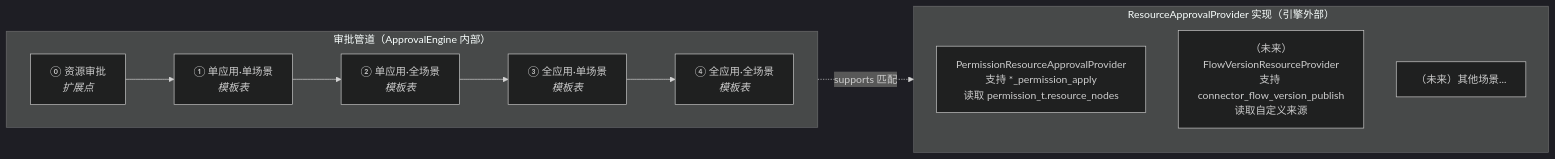
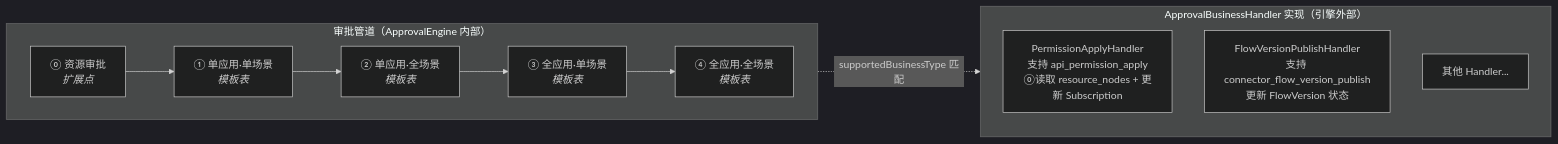
Before and after one commit to THZSummer/open-app: the third of 5 diagrams in .sddu/specs-tree-root/specs-tree-connector-platform-v3/plan-approval.md, drawn with Mermaid (dark theme). The commit also changed other lines of this file, not shown here.

First line of the commit message:
docs: mermaid sequence diagram for submission flow (§5.3), fix all section numbers

````diff
--- a/.sddu/specs-tree-root/specs-tree-connector-platform-v3/plan-approval.md
+++ b/.sddu/specs-tree-root/specs-tree-connector-platform-v3/plan-approval.md
@@ -292,16 +293,16 @@
 ```mermaid
 flowchart LR
     subgraph Pipeline["审批管道（ApprovalEngine 内部）"]
         direction LR
         R0["⓪ 资源审批<br><i>扩展点</i>"] --> R1["① 单应用·单场景<br><i>模板表</i>"]
         R1 --> R2["② 单应用·全场景<br><i>模板表</i>"]
         R2 --> R3["③ 全应用·单场景<br><i>模板表</i>"]
         R3 --> R4["④ 全应用·全场景<br><i>模板表</i>"]
     end
-    subgraph Providers["ResourceApprovalProvider 实现（引擎外部）"]
-        P1["PermissionResourceApprovalProvider<br>支持 *_permission_apply<br>读取 permission_t.resource_nodes"]
-        P2["（未来）FlowVersionResourceProvider<br>支持 connector_flow_version_publish<br>读取自定义来源"]
-        P3["（未来）其他场景..."]
+    subgraph Handlers["ApprovalBusinessHandler 实现（引擎外部）"]
+        P1["PermissionApplyHandler<br>支持 api_permission_apply<br>⓪读取 resource_nodes + 更新 Subscription"]
+        P2["FlowVersionPublishHandler<br>支持 connector_flow_version_publish<br>更新 FlowVersion 状态"]
+        P3["其他 Handler..."]
     end
-    R0 -.->|supports 匹配| Providers
+    R0 -.->|supportedBusinessType 匹配| Handlers
 ```
````
